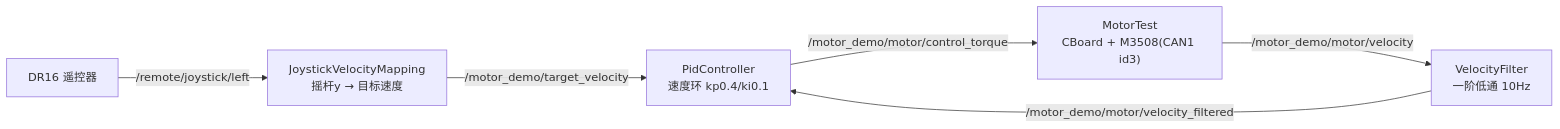
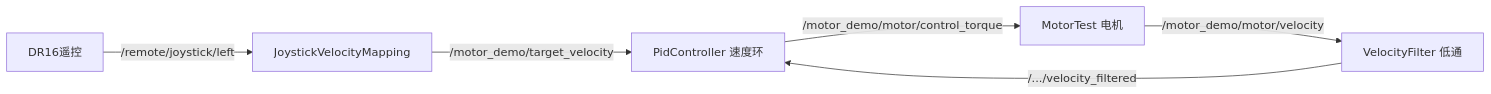
The third of 4 diagrams in docs/zh-cn/firing_mechanism_chain.md (gebilaowuxiaoyu123/alliance_homework2), drawn with Mermaid before and after one commit. The commit also changed other lines of this file, not shown here.

````diff
--- a/docs/zh-cn/firing_mechanism_chain.md
+++ b/docs/zh-cn/firing_mechanism_chain.md
@@ -299,8 +345,8 @@
 ```mermaid
 flowchart LR
-    RC["DR16 遥控器"] -->|"/remote/joystick/left"| JM["JoystickVelocityMapping<br/>摇杆y → 目标速度"]
-    JM -->|"/motor_demo/target_velocity"| PID["PidController<br/>速度环 kp0.4/ki0.1"]
-    HW["MotorTest<br/>CBoard + M3508(CAN1 id3)"] -->|"/motor_demo/motor/velocity"| F["VelocityFilter<br/>一阶低通 10Hz"]
-    F -->|"/motor_demo/motor/velocity_filtered"| PID
+    RC["DR16遥控"] -->|"/remote/joystick/left"| JM["JoystickVelocityMapping"]
+    JM -->|"/motor_demo/target_velocity"| PID["PidController 速度环"]
+    HW["MotorTest 电机"] -->|"/motor_demo/motor/velocity"| F["VelocityFilter 低通"]
+    F -->|"/.../velocity_filtered"| PID
     PID -->|"/motor_demo/motor/control_torque"| HW
 ```
````
